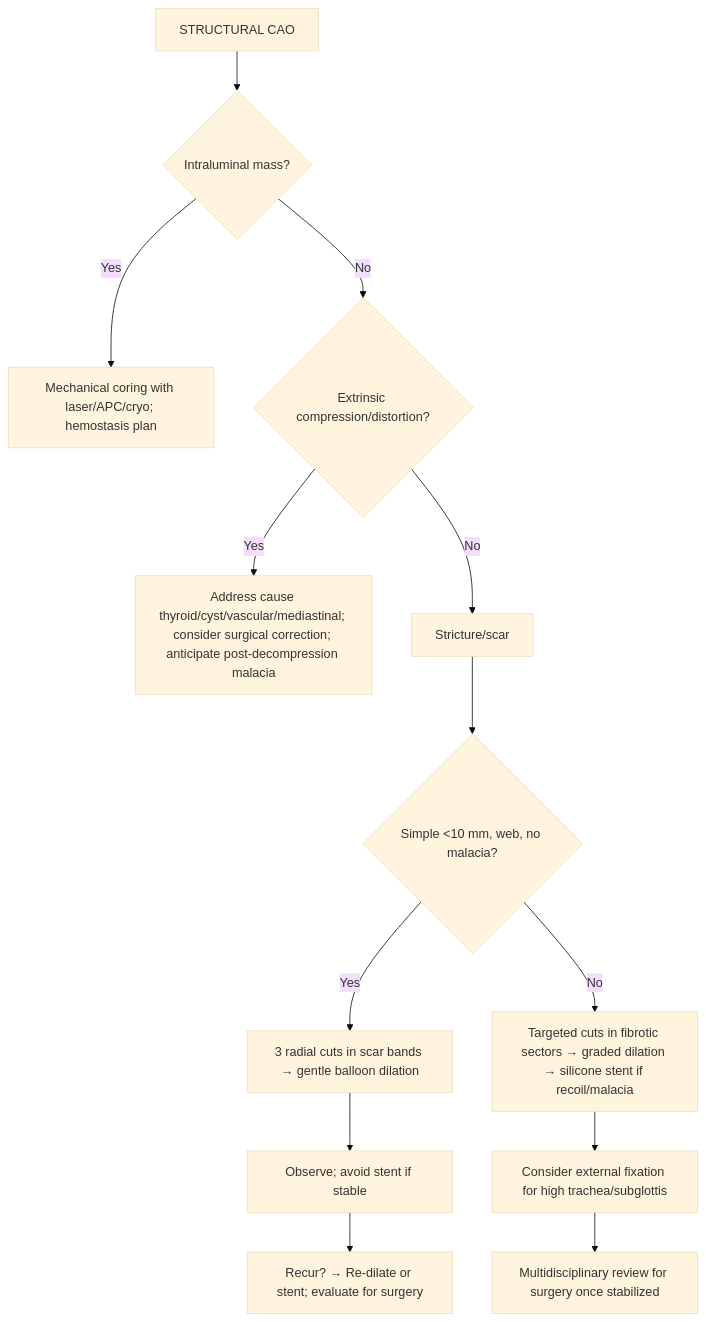
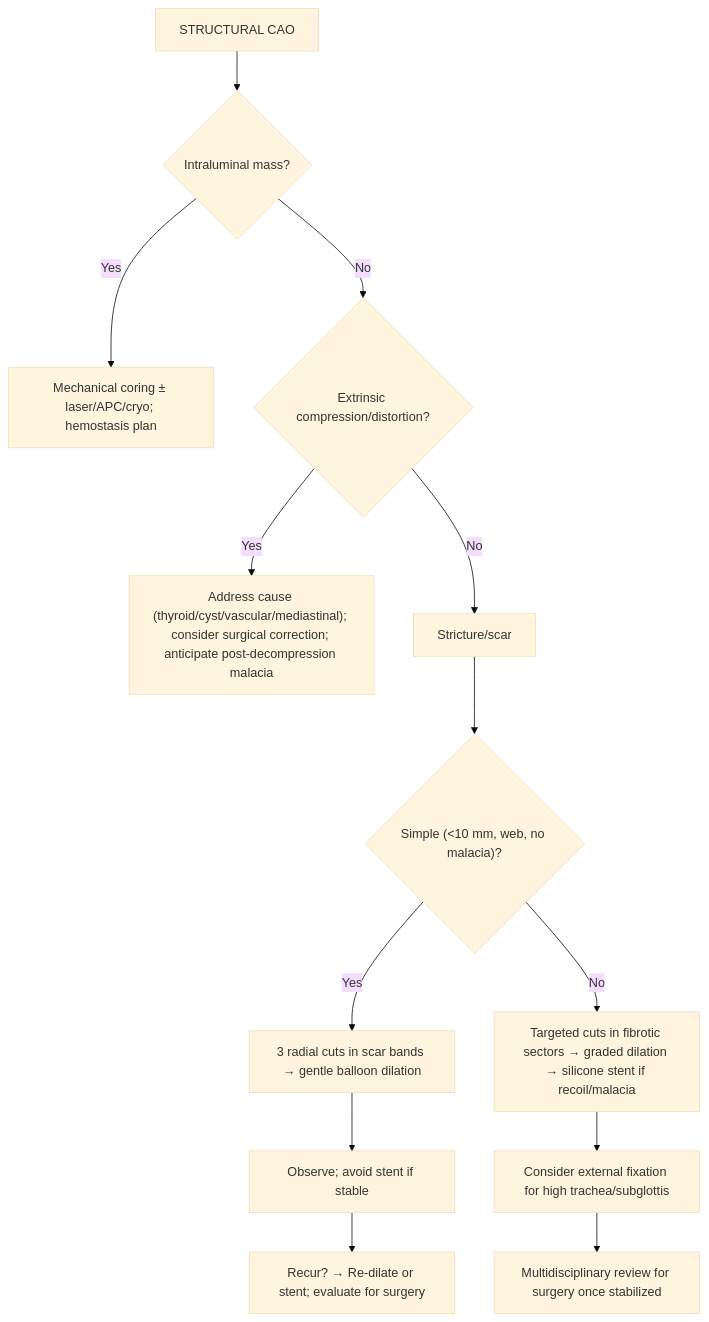
One commit to russellmiller49/Interventional-Pulm-Education-Project changed the second of 3 diagrams in content/modules/board/non-malignant-cao.mdx. Above: the diagram before and after it, drawn with Mermaid (base theme). The commit also changed other lines of this file and 45 other files, not shown here.

````diff
--- a/content/modules/board/non-malignant-cao.mdx
+++ b/content/modules/board/non-malignant-cao.mdx
@@ -208,15 +145,15 @@
 ```mermaid
 flowchart TD
-A[STRUCTURAL CAO] --> B{Intraluminal mass?}
-B -->|Yes| C[Mechanical coring with laser/APC/cryo; hemostasis plan]
-B -->|No| D{Extrinsic compression/distortion?}
-D -->|Yes| E[Address cause thyroid/cyst/vascular/mediastinal; consider surgical correction; anticipate post-decompression malacia]
-D -->|No| F[Stricture/scar]
-F --> G{Simple &lt;10 mm, web, no malacia?}
-G -->|Yes| H[3 radial cuts in scar bands → gentle balloon dilation]
-G -->|No| I[Targeted cuts in fibrotic sectors → graded dilation → silicone stent if recoil/malacia]
-I --> J[Consider external fixation for high trachea/subglottis]
-H --> K[Observe; avoid stent if stable]
-K --> L[Recur? → Re-dilate or stent; evaluate for surgery]
-J --> M[Multidisciplinary review for surgery once stabilized]
+        A["STRUCTURAL CAO"] --> B{"Intraluminal mass?"}
+        B -- Yes --> C["Mechanical coring ± laser/APC/cryo; hemostasis plan"]
+        B -- No --> D{"Extrinsic compression/distortion?"}
+        D -- Yes --> E["Address cause (thyroid/cyst/vascular/mediastinal); consider surgical correction; anticipate post-decompression malacia"]
+        D -- No --> F["Stricture/scar"]
+        F --> G{"Simple (<10 mm, web, no malacia)?"}
+        G -- Yes --> H["3 radial cuts in scar bands → gentle balloon dilation"]
+        G -- No --> I["Targeted cuts in fibrotic sectors → graded dilation → silicone stent if recoil/malacia"]
+        I --> J["Consider external fixation for high trachea/subglottis"]
+        H --> K["Observe; avoid stent if stable"]
+        K --> L["Recur? → Re-dilate or stent; evaluate for surgery"]
+        J --> M["Multidisciplinary review for surgery once stabilized"]
 ```
````
